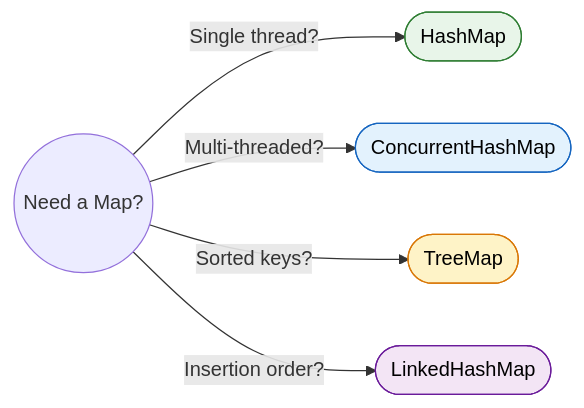
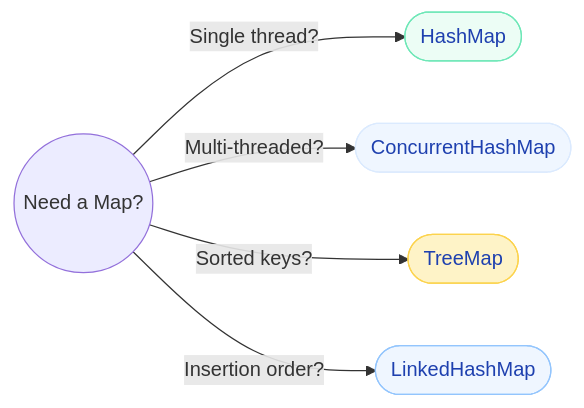
One commit to saivamsikaruturi/vamsilabs-dev-notes-main changed the second of 2 diagrams in docs/java/DiffCollections.md. Above: the diagram before and after it, drawn with Mermaid. The commit also changed other lines of this file and 220 other files, not shown here.

First line of the commit message:
Add 50+ new Java/Spring Boot pages, rewrite CSS code blocks to Oracle style, fix all diagram colors

````diff
--- a/docs/java/DiffCollections.md
+++ b/docs/java/DiffCollections.md
@@ -52,13 +52,13 @@
 ```mermaid
 flowchart LR
     Q(("Need a Map?"))
     Q -->|"Single thread?"| HM(["HashMap"])
     Q -->|"Multi-threaded?"| CHM(["ConcurrentHashMap"])
     Q -->|"Sorted keys?"| TM(["TreeMap"])
     Q -->|"Insertion order?"| LHM(["LinkedHashMap"])
 
-    style HM fill:#E8F5E9,stroke:#2E7D32,color:#000
-    style CHM fill:#E3F2FD,stroke:#1565C0,color:#000
-    style TM fill:#FEF3C7,stroke:#D97706,color:#000
-    style LHM fill:#F3E5F5,stroke:#6A1B9A,color:#000
+    style HM fill:#ECFDF5,stroke:#6EE7B7,color:#1E40AF
+    style CHM fill:#EFF6FF,stroke:#DBEAFE,color:#1E40AF
+    style TM fill:#FEF3C7,stroke:#FCD34D,color:#1E40AF
+    style LHM fill:#EFF6FF,stroke:#93C5FD,color:#1E40AF
 ```
````
